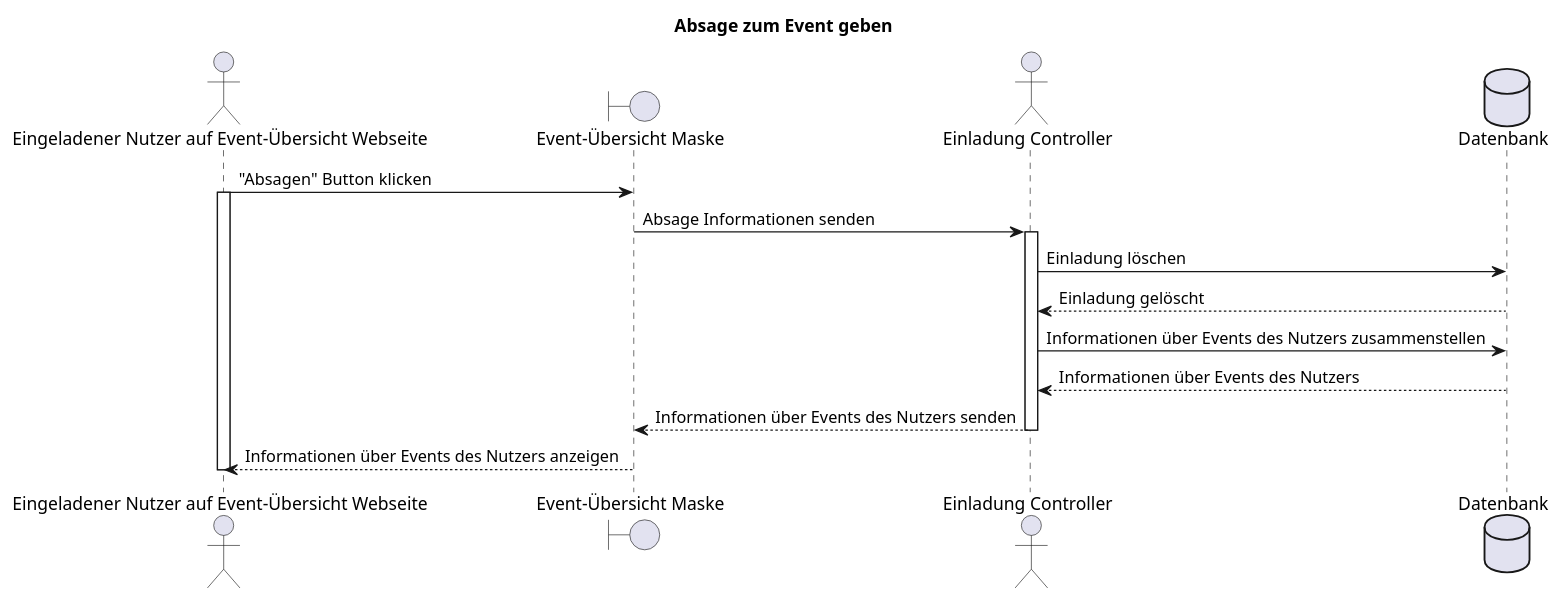
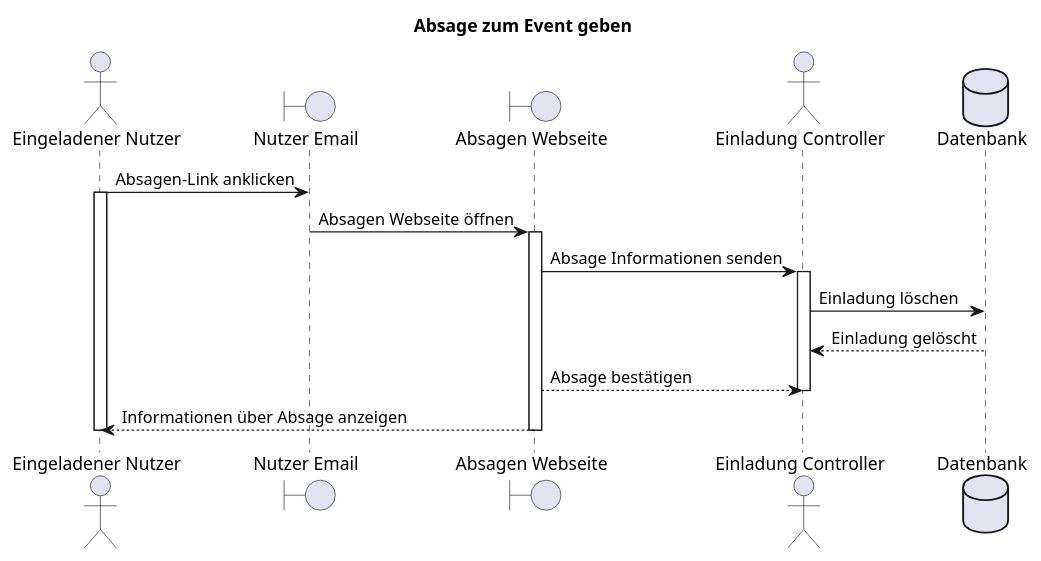
One commit to party-time-2/party-time changed the diagram in docs/F009/F009_absageZumEventGeben_seq.plantuml. Above: the diagram before and after it, drawn with PlantUML. The commit also changed 20 other files, not shown here.

Commit message:
F007, F008, F009 diagrams fix

```diff
--- a/docs/F009/F009_absageZumEventGeben_seq.plantuml
+++ b/docs/F009/F009_absageZumEventGeben_seq.plantuml
@@ -1,21 +1,23 @@
 @startuml F009_absageZumEventGeben_seq
 title "Absage zum Event geben"
 
-actor "Eingeladener Nutzer auf Event-Übersicht Webseite" as user
-boundary "Event-Übersicht Maske" as eventMask
+actor "Eingeladener Nutzer" as user
+boundary "Nutzer Email" as userMail
+boundary "Absagen Webseite" as declineMask
 actor "Einladung Controller" as controller
 database "Datenbank" as db
 
-user -> eventMask: "Absagen" Button klicken
+user -> userMail: Absagen-Link anklicken
 activate user
-eventMask -> controller: Absage Informationen senden
+userMail -> declineMask: Absagen Webseite öffnen
+activate declineMask
+declineMask -> controller: Absage Informationen senden
 activate controller
 controller -> db: Einladung löschen
 controller <-- db: Einladung gelöscht
-controller -> db: Informationen über Events des Nutzers zusammenstellen
-controller <-- db: Informationen über Events des Nutzers
-eventMask <-- controller: Informationen über Events des Nutzers senden
+controller <-- declineMask: Absage bestätigen
 deactivate controller
-user <-- eventMask: Informationen über Events des Nutzers anzeigen
+user <-- declineMask: Informationen über Absage anzeigen
+deactivate declineMask
 deactivate user
 @enduml
```
